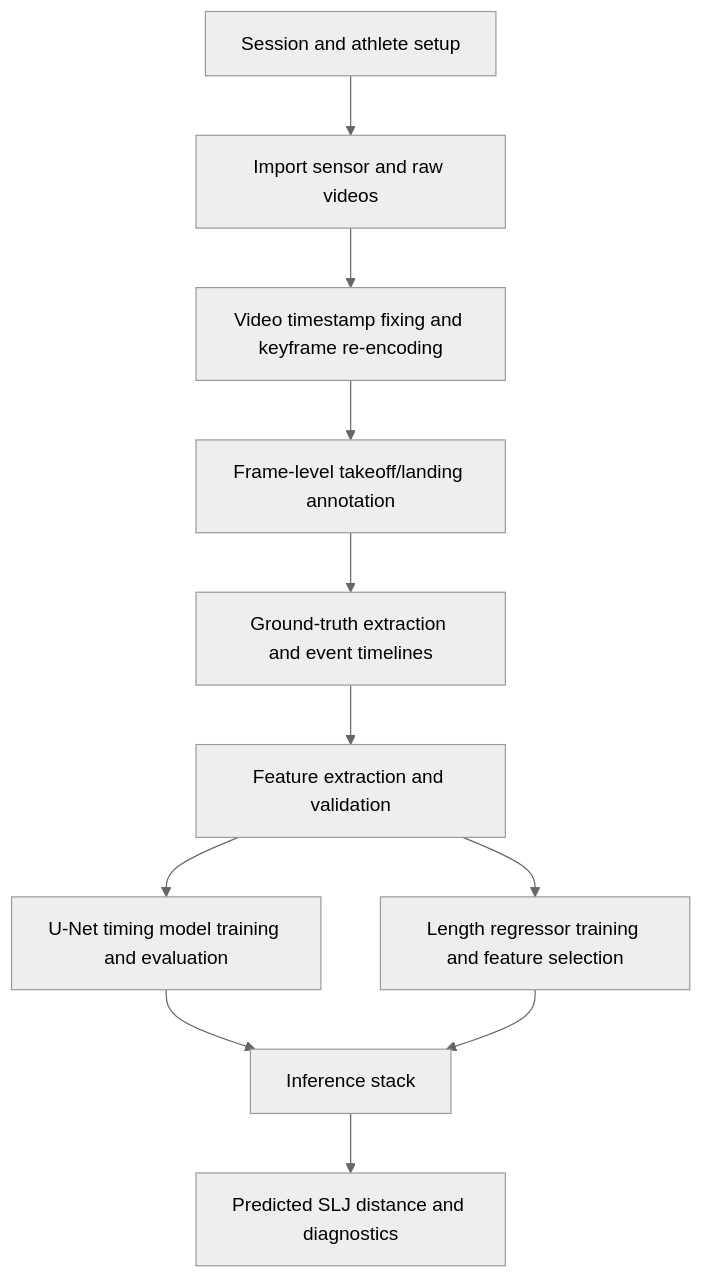
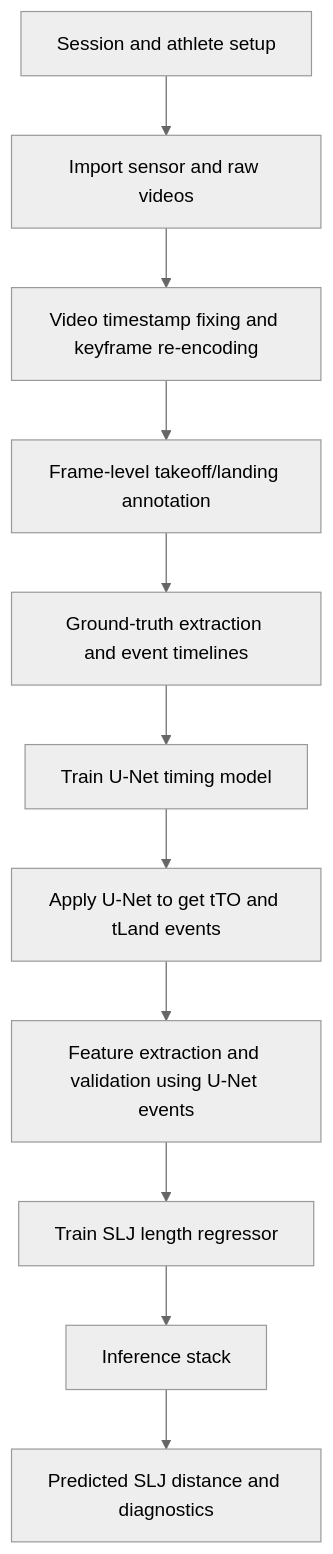
The first of 2 diagrams in README.md (Nektarios-I/SLJ_Prediction_Showcase), drawn with Mermaid (neutral theme) before and after one commit. The commit also changed other lines of this file, not shown here.

Commit message:
Fix README video playback and update U-Net-first workflow

````diff
--- a/README.md
+++ b/README.md
@@ -41,13 +47,13 @@
 ```mermaid
 flowchart TD
     A[Session and athlete setup] --> B[Import sensor and raw videos]
     B --> C[Video timestamp fixing and keyframe re-encoding]
     C --> D[Frame-level takeoff/landing annotation]
     D --> E[Ground-truth extraction and event timelines]
-    E --> F[Feature extraction and validation]
-    F --> G[U-Net timing model training and evaluation]
-    F --> H[Length regressor training and feature selection]
-    G --> I[Inference stack]
-    H --> I[Inference stack]
-    I --> J[Predicted SLJ distance and diagnostics]
+  E --> F[Train U-Net timing model]
+  F --> G[Apply U-Net to get tTO and tLand events]
+  G --> H[Feature extraction and validation using U-Net events]
+  H --> I[Train SLJ length regressor]
+  I --> J[Inference stack]
+  J --> K[Predicted SLJ distance and diagnostics]
 ```
````
